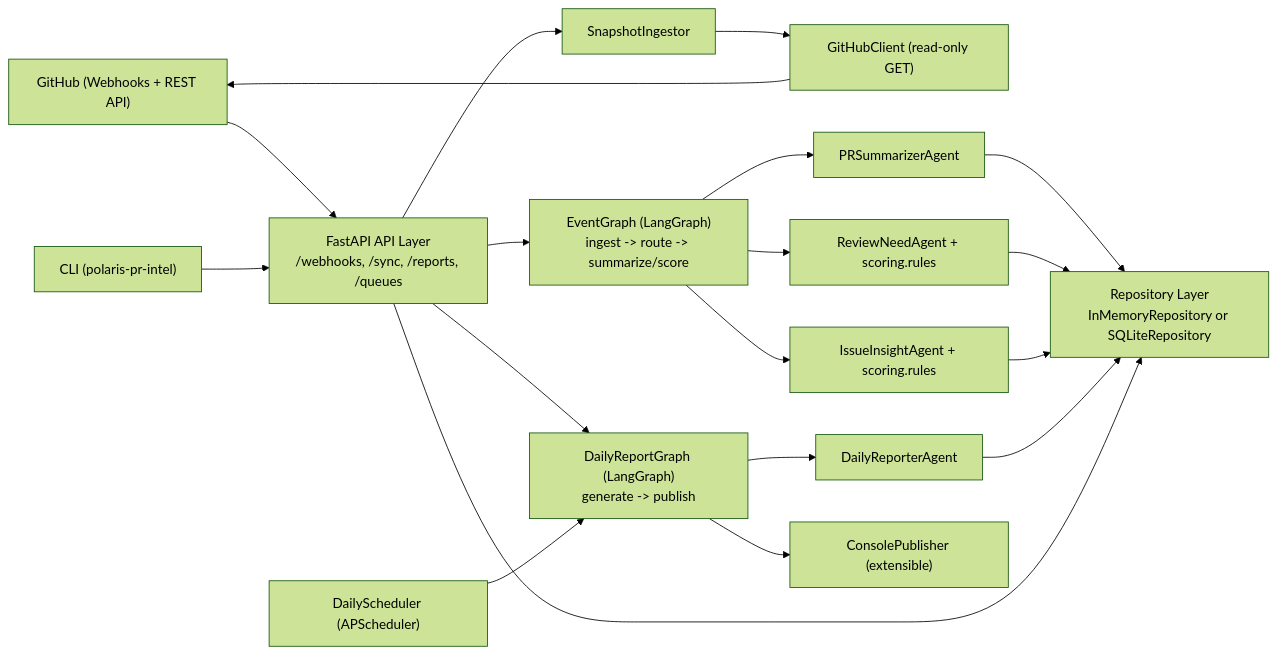
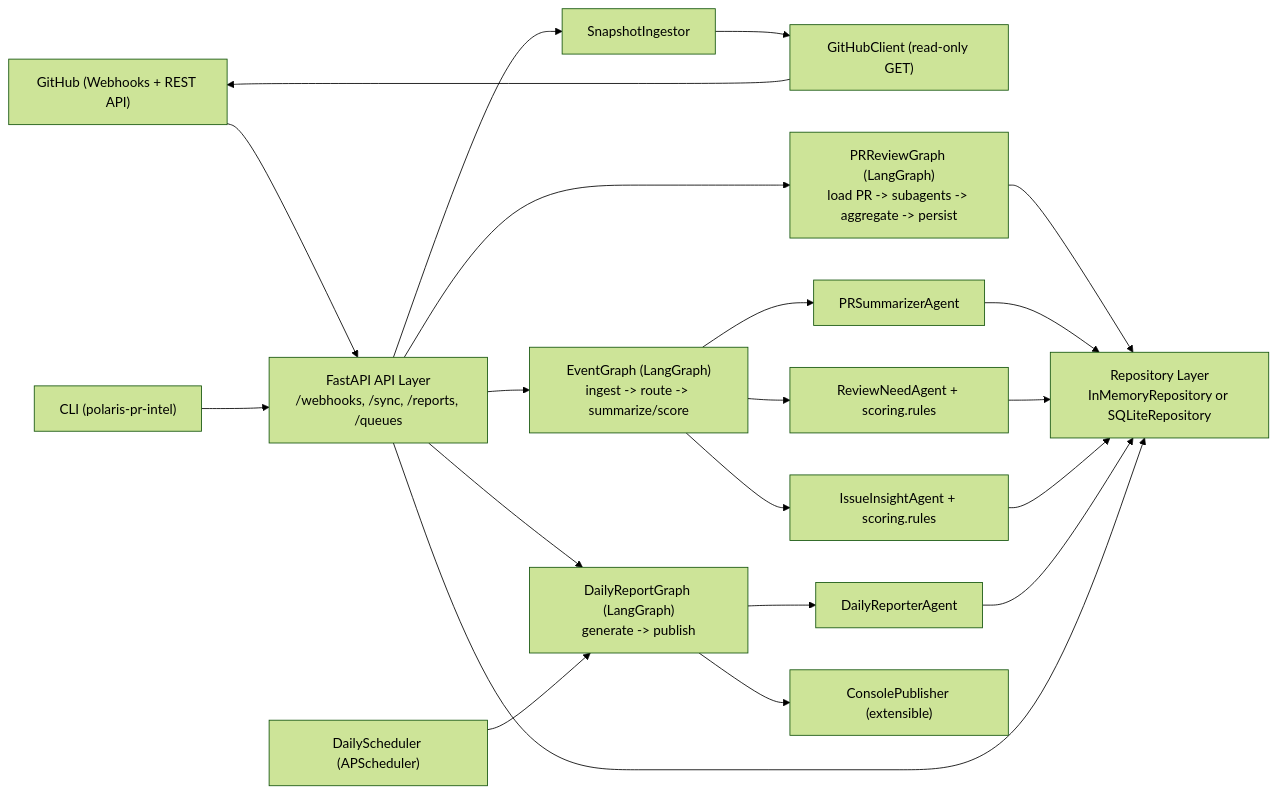
Before and after one commit to flyrain/pr-intelligence: the first of 3 diagrams in README.md, drawn with Mermaid (forest theme). The commit also changed other lines of this file and 19 other files, not shown here.

````diff
--- a/README.md
+++ b/README.md
@@ -28,25 +29,27 @@
 ```mermaid
 flowchart LR
     GH["GitHub (Webhooks + REST API)"] --> API["FastAPI API Layer<br/>/webhooks, /sync, /reports, /queues"]
     CLI["CLI (polaris-pr-intel)"] --> API
     API --> EG["EventGraph (LangGraph)<br/>ingest -> route -> summarize/score"]
     API --> DG["DailyReportGraph (LangGraph)<br/>generate -> publish"]
     API --> ING["SnapshotIngestor"]
 
     ING --> GHC["GitHubClient (read-only GET)"]
     GHC --> GH
 
     EG --> A1["PRSummarizerAgent"]
     EG --> A2["ReviewNeedAgent + scoring.rules"]
     EG --> A3["IssueInsightAgent + scoring.rules"]
     DG --> A4["DailyReporterAgent"]
+    PRG["PRReviewGraph (LangGraph)<br/>load PR -> subagents -> aggregate -> persist"] --> STORE
     DG --> PUB["ConsolePublisher (extensible)"]
 
     A1 --> STORE["Repository Layer<br/>InMemoryRepository or SQLiteRepository"]
     A2 --> STORE
     A3 --> STORE
     A4 --> STORE
     API --> STORE
+    API --> PRG
 
     SCHED["DailyScheduler (APScheduler)"] --> DG
 ```
````
